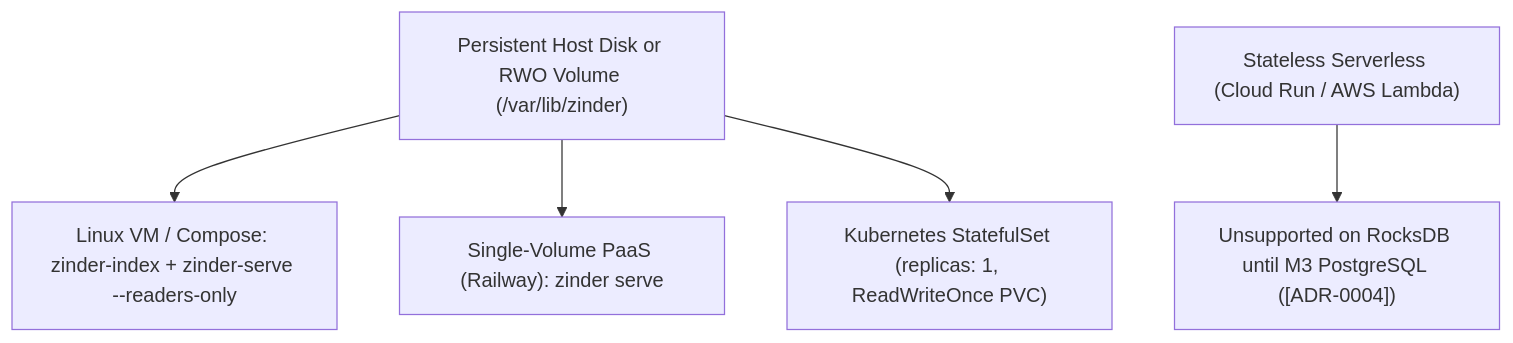
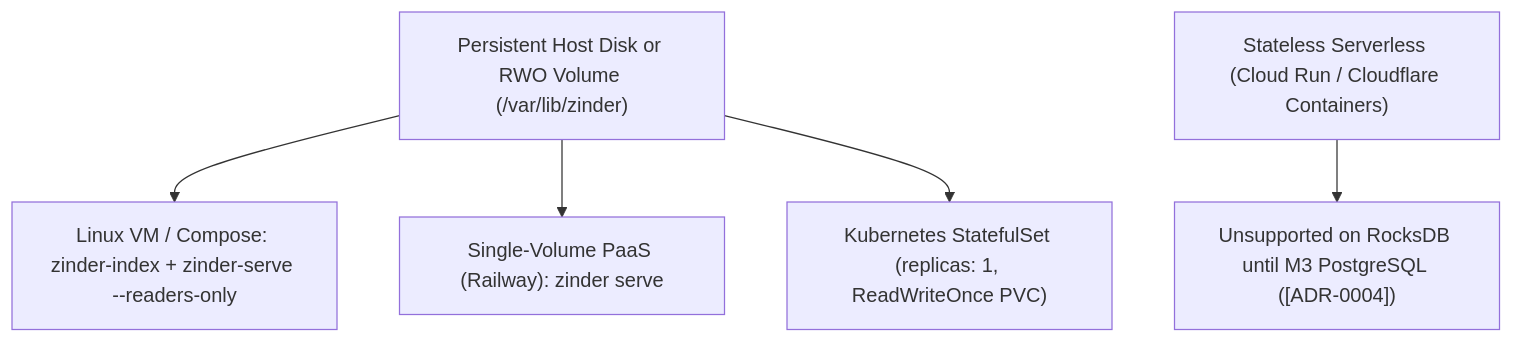
Before and after one commit to ZcashFoundation/zinder: the second of 2 diagrams in docs/architecture/overview.md, drawn with Mermaid. The commit also changed 5 other files, not shown here.

````diff
--- a/docs/architecture/overview.md
+++ b/docs/architecture/overview.md
@@ -79,8 +79,8 @@
 ```mermaid
 flowchart TD
     Disk["Persistent Host Disk or RWO Volume (/var/lib/zinder)"]
     Disk --> Compose["Linux VM / Compose: zinder-index + zinder-serve --readers-only"]
     Disk --> PaaS["Single-Volume PaaS (Railway): zinder serve"]
     Disk --> K8s["Kubernetes StatefulSet (replicas: 1, ReadWriteOnce PVC)"]
-    Serverless["Stateless Serverless (Cloud Run / AWS Lambda)"] --> Boundary["Unsupported on RocksDB until M3 PostgreSQL ([ADR-0004])"]
+    Serverless["Stateless Serverless (Cloud Run / Cloudflare Containers)"] --> Boundary["Unsupported on RocksDB until M3 PostgreSQL ([ADR-0004])"]
 ```
````
